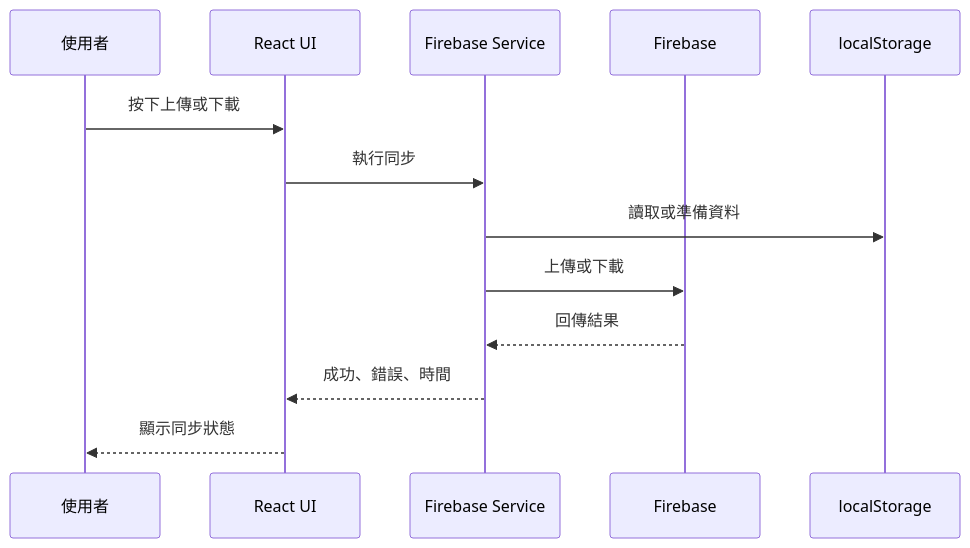
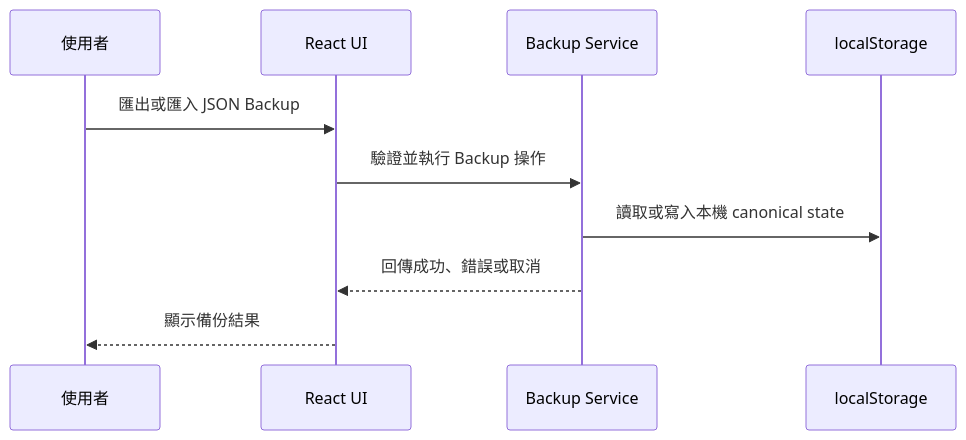
One commit to hyc640110/family-universal-rebalance changed the third of 3 diagrams in AI_CONTEXT/006_PROJECT_ARCHITECTURE.md. Above: the diagram before and after it, drawn with Mermaid. The commit also changed other lines of this file and 10 other files, not shown here.

````diff
--- a/AI_CONTEXT/006_PROJECT_ARCHITECTURE.md
+++ b/AI_CONTEXT/006_PROJECT_ARCHITECTURE.md
@@ -420,16 +400,13 @@
 ```mermaid
 sequenceDiagram
     participant U as 使用者
     participant UI as React UI
-    participant S as Firebase Service
-    participant F as Firebase
+    participant B as Backup Service
     participant L as localStorage
 
-    U->>UI: 按下上傳或下載
-    UI->>S: 執行同步
-    S->>L: 讀取或準備資料
-    S->>F: 上傳或下載
-    F-->>S: 回傳結果
-    S-->>UI: 成功、錯誤、時間
-    UI-->>U: 顯示同步狀態
+    U->>UI: 匯出或匯入 JSON Backup
+    UI->>B: 驗證並執行 Backup 操作
+    B->>L: 讀取或寫入本機 canonical state
+    B-->>UI: 回傳成功、錯誤或取消
+    UI-->>U: 顯示備份結果
 ```
````
